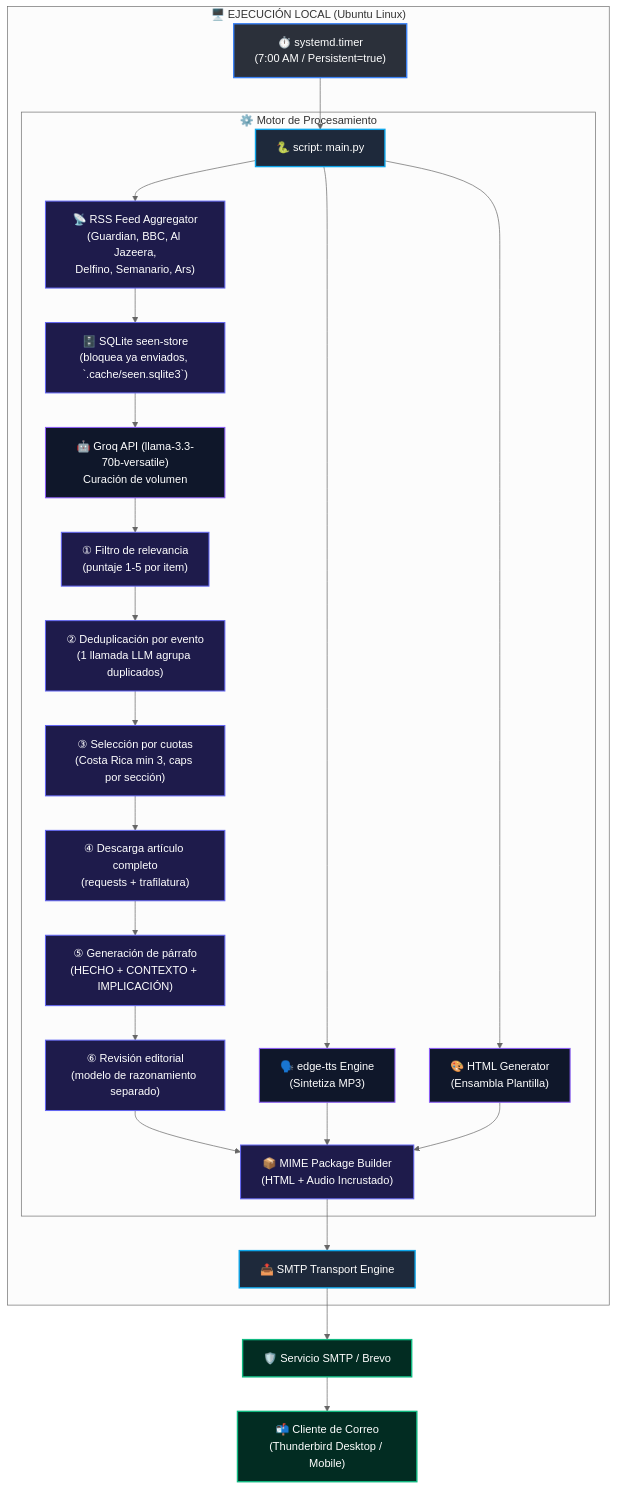
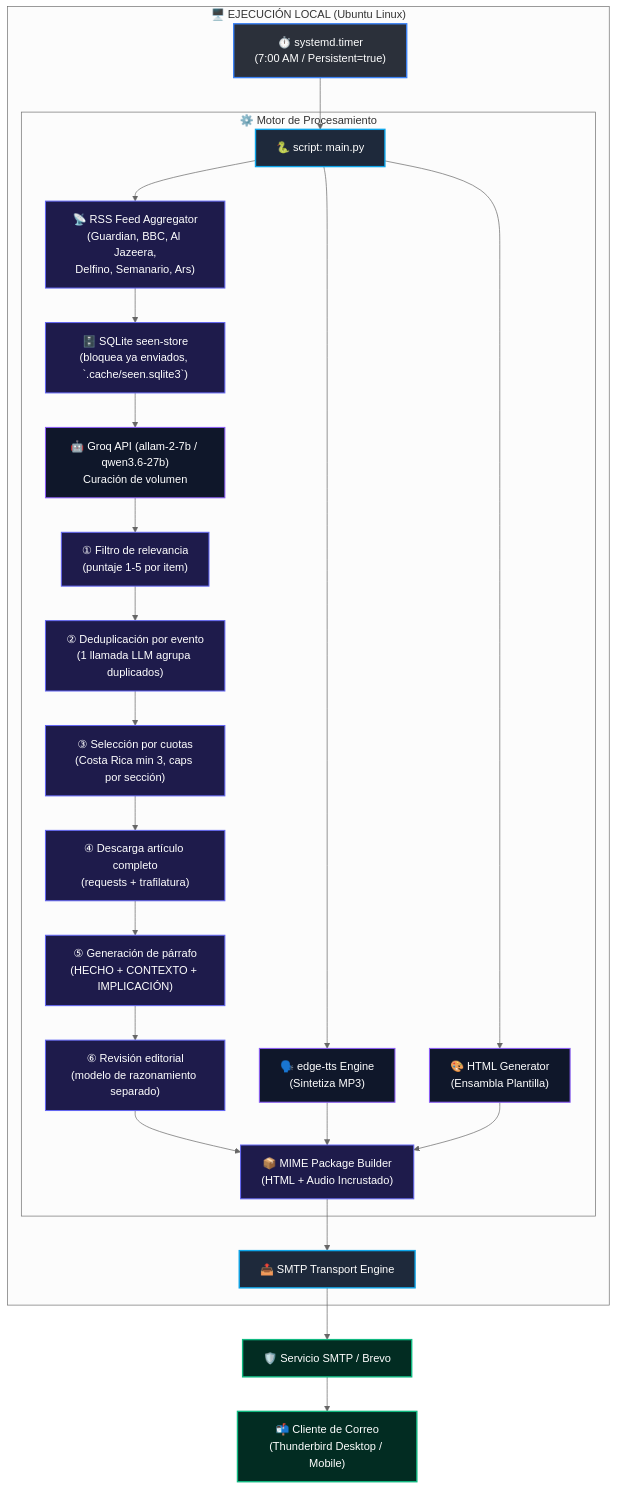
One commit to rodneyara-live/digest13 changed the diagram in BLUEPRINT.md. Above: the diagram before and after it, drawn with Mermaid (neutral theme). The commit also changed other lines of this file and 4 other files, not shown here.

First line of the commit message:
fix: replace dead Groq models (llama-3.1-8b-instant, llama-3.3-70b-versatile)

````diff
--- a/BLUEPRINT.md
+++ b/BLUEPRINT.md
@@ -11,36 +11,36 @@
 ```mermaid
 flowchart TD
     %% Estilos de Nodos
     classDef systemd fill:#2b303a,stroke:#3b82f6,stroke-width:2px,color:#fff
     classDef script fill:#1e293b,stroke:#0ea5e9,stroke-width:2px,color:#fff
     classDef api fill:#0f172a,stroke:#8b5cf6,stroke-width:1.5px,color:#fff
     classDef process fill:#1e1b4b,stroke:#6366f1,stroke-width:1.5px,color:#fff
     classDef client fill:#022c22,stroke:#10b981,stroke-width:2px,color:#fff
 
     subgraph OS ["🖥️ EJECUCIÓN LOCAL (Ubuntu Linux)"]
         A["⏱️ systemd.timer<br/>(7:00 AM / Persistent=true)"]:::systemd --> B["🐍 script: main.py"]:::script
 
         subgraph Pipeline ["⚙️ Motor de Procesamiento"]
             B --> C["📡 RSS Feed Aggregator<br/>(Guardian, BBC, Al Jazeera,<br/>Delfino, Semanario, Ars)"]:::process
             C --> C1["🗄️ SQLite seen-store<br/>(bloquea ya enviados, `.cache/seen.sqlite3`)"]:::process
-            C1 --> D["🤖 Groq API (llama-3.3-70b-versatile)<br/>Curación de volumen"]:::api
+            C1 --> D["🤖 Groq API (allam-2-7b / qwen3.6-27b)<br/>Curación de volumen"]:::api
             D --> D1["① Filtro de relevancia<br/>(puntaje 1-5 por item)"]:::process
             D1 --> D1a["② Deduplicación por evento<br/>(1 llamada LLM agrupa duplicados)"]:::process
             D1a --> D2["③ Selección por cuotas<br/>(Costa Rica min 3, caps por sección)"]:::process
             D2 --> D3["④ Descarga artículo completo<br/>(requests + trafilatura)"]:::process
             D3 --> D4["⑤ Generación de párrafo<br/>(HECHO + CONTEXTO + IMPLICACIÓN)"]:::process
             D4 --> D5["⑥ Revisión editorial<br/>(modelo de razonamiento separado)"]:::process
             B --> E["🗣️ edge-tts Engine<br/>(Sintetiza MP3)"]:::api
             B --> F["🎨 HTML Generator<br/>(Ensambla Plantilla)"]:::api
 
             D5 --> G["📦 MIME Package Builder<br/>(HTML + Audio Incrustado)"]:::process
             E --> G
             F --> G
         end
 
         G --> H["📤 SMTP Transport Engine"]:::script
     end
 
     H --> I["🛡️ Servicio SMTP / Brevo"]:::client
     I --> J["📬 Cliente de Correo<br/>(Thunderbird Desktop / Mobile)"]:::client
 ```
````
